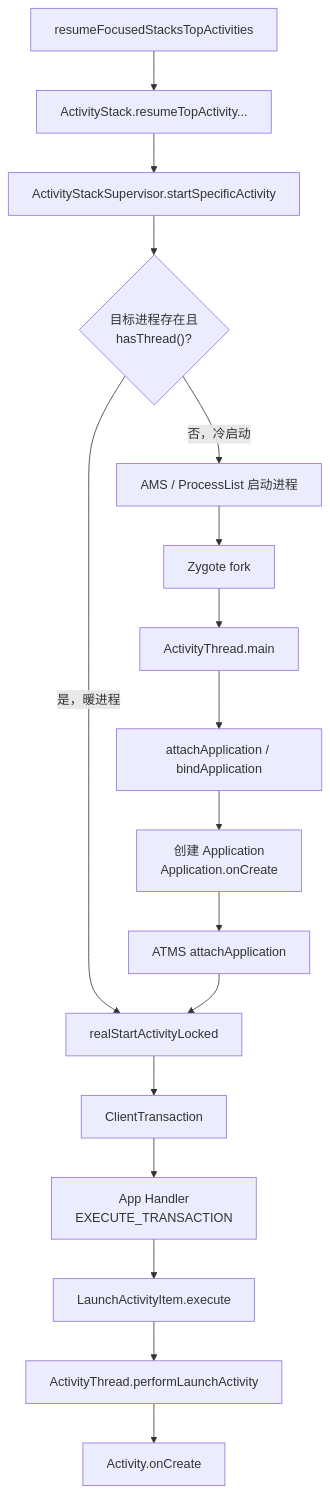
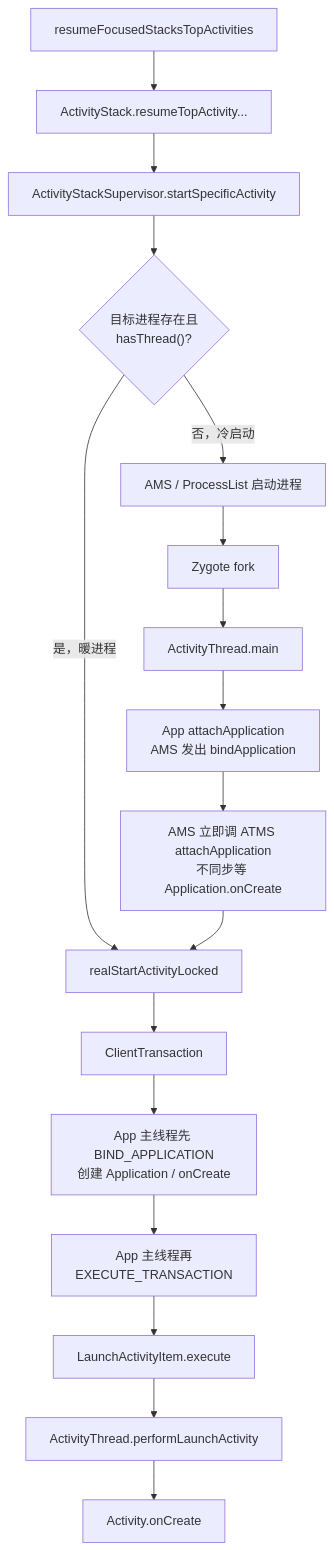
The first of 8 diagrams in Android源码学习/10-Activity启动流程之目标进程与生命周期.md (junyingzhao001/StudyNotes), drawn with Mermaid before and after one commit. The commit also changed other lines of this file and 617 other files, not shown here.

````diff
--- a/Android源码学习/10-Activity启动流程之目标进程与生命周期.md
+++ b/Android源码学习/10-Activity启动流程之目标进程与生命周期.md
@@ -35,23 +37,23 @@
 ```mermaid
 flowchart TD
     RES["resumeFocusedStacksTopActivities"]
     TOP["ActivityStack.resumeTopActivity..."]
     SPEC["ActivityStackSupervisor.startSpecificActivity"]
     CHECK{"目标进程存在且<br/>hasThread()?"}
     REAL["realStartActivityLocked"]
     PROC["AMS / ProcessList 启动进程"]
     Z["Zygote fork"]
     MAIN["ActivityThread.main"]
-    ATT["attachApplication / bindApplication"]
-    APP["创建 Application<br/>Application.onCreate"]
-    BACK["ATMS attachApplication"]
+    ATT["App attachApplication<br/>AMS 发出 bindApplication"]
+    BACK["AMS 立即调 ATMS attachApplication<br/>不同步等 Application.onCreate"]
     TX["ClientTransaction"]
-    H["App Handler<br/>EXECUTE_TRANSACTION"]
+    H["App 主线程先 BIND_APPLICATION<br/>创建 Application / onCreate"]
+    HT["App 主线程再<br/>EXECUTE_TRANSACTION"]
     LAUNCH["LaunchActivityItem.execute"]
     PERF["ActivityThread.performLaunchActivity"]
     CREATE["Activity.onCreate"]
     RES --> TOP --> SPEC --> CHECK
     CHECK -->|"是，暖进程"| REAL
-    CHECK -->|"否，冷启动"| PROC --> Z --> MAIN --> ATT --> APP --> BACK --> REAL
-    REAL --> TX --> H --> LAUNCH --> PERF --> CREATE
+    CHECK -->|"否，冷启动"| PROC --> Z --> MAIN --> ATT --> BACK --> REAL
+    REAL --> TX --> H --> HT --> LAUNCH --> PERF --> CREATE
 ```
````
